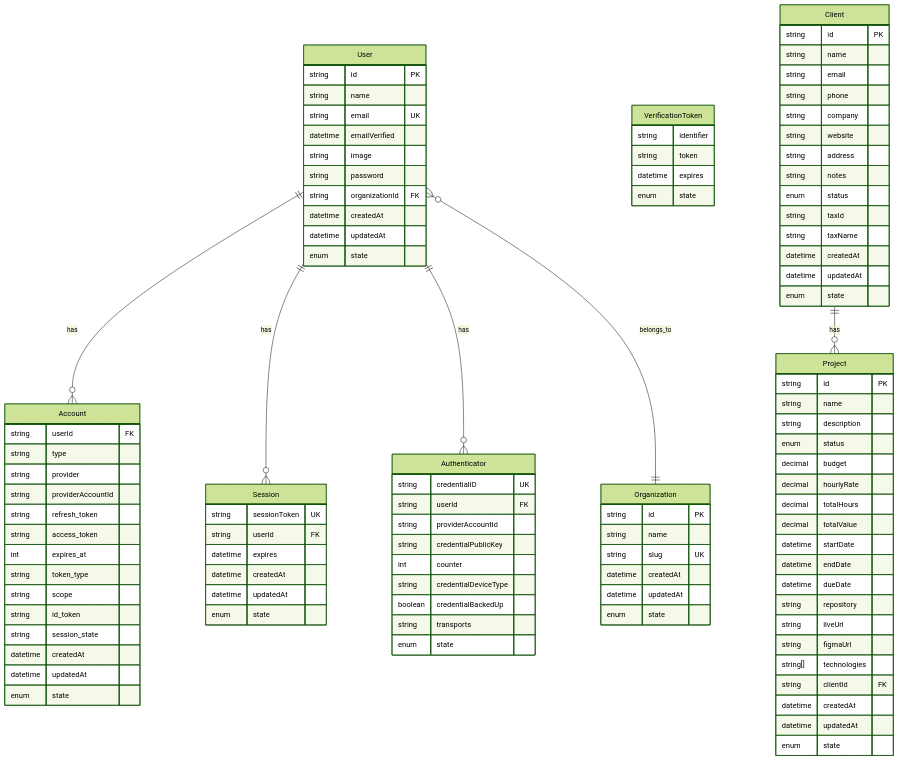
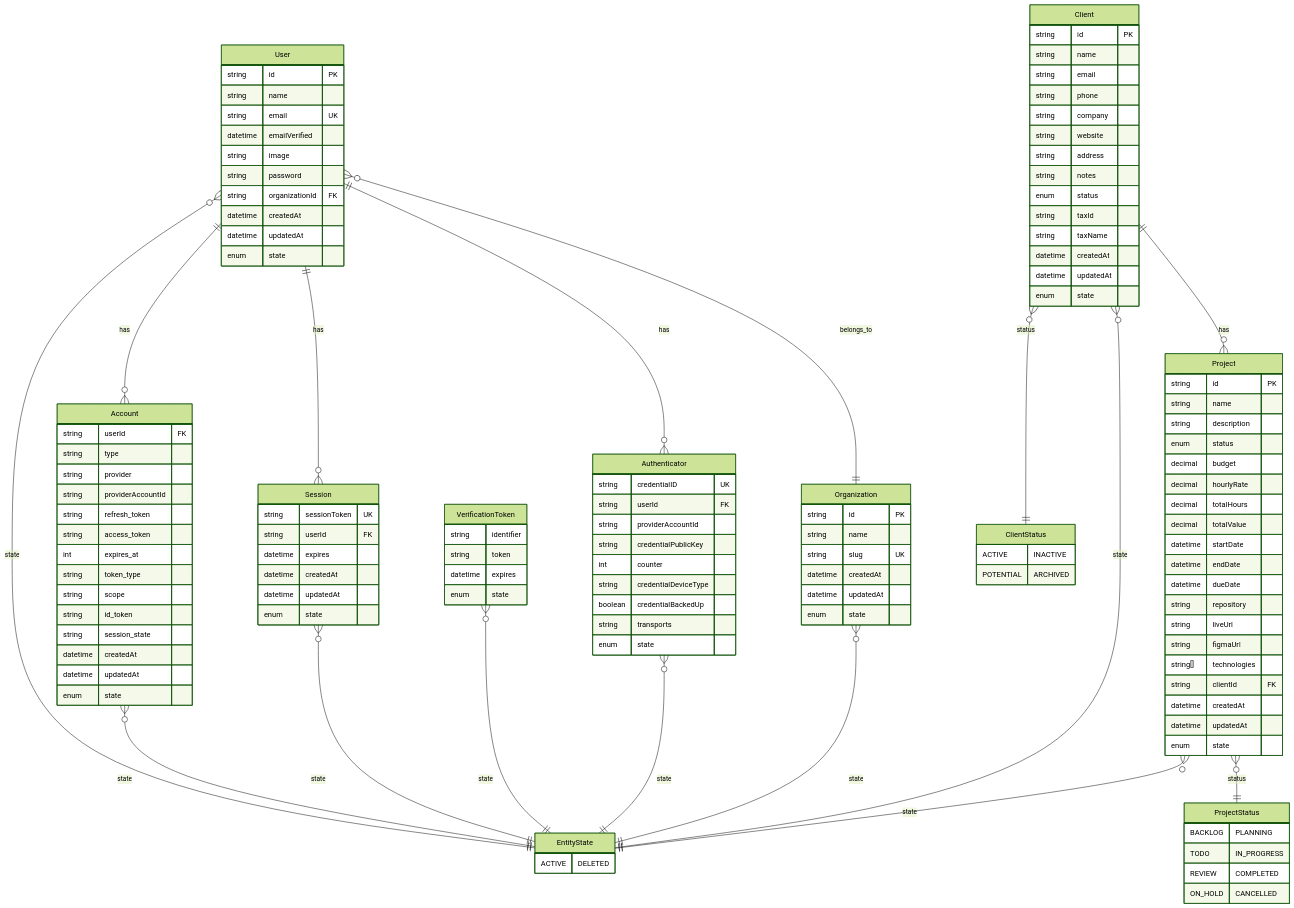
The diagram in README.md (pedroaba/pedroaba-website), drawn with Mermaid (forest theme) before and after one commit.

````diff
--- a/README.md
+++ b/README.md
@@ -340,7 +340,38 @@
     Client ||--o{ Project : "has"
     
     %% Enums
-    %% EntityState: ACTIVE, DELETED
-    %% ClientStatus: ACTIVE, INACTIVE, POTENTIAL, ARCHIVED
-    %% ProjectStatus: BACKLOG, PLANNING, TODO, IN_PROGRESS, REVIEW, COMPLETED, ON_HOLD, CANCELLED
+    EntityState {
+        ACTIVE
+        DELETED
+    }
+    
+    ClientStatus {
+        ACTIVE
+        INACTIVE
+        POTENTIAL
+        ARCHIVED
+    }
+    
+    ProjectStatus {
+        BACKLOG
+        PLANNING
+        TODO
+        IN_PROGRESS
+        REVIEW
+        COMPLETED
+        ON_HOLD
+        CANCELLED
+    }
+    
+    %% Enum Relationships
+    User }o--|| EntityState : "state"
+    Account }o--|| EntityState : "state"
+    Session }o--|| EntityState : "state"
+    VerificationToken }o--|| EntityState : "state"
+    Authenticator }o--|| EntityState : "state"
+    Organization }o--|| EntityState : "state"
+    Client }o--|| EntityState : "state"
+    Client }o--|| ClientStatus : "status"
+    Project }o--|| EntityState : "state"
+    Project }o--|| ProjectStatus : "status"
 ```
````
